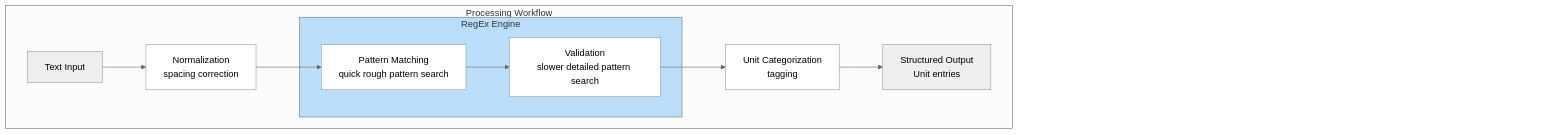
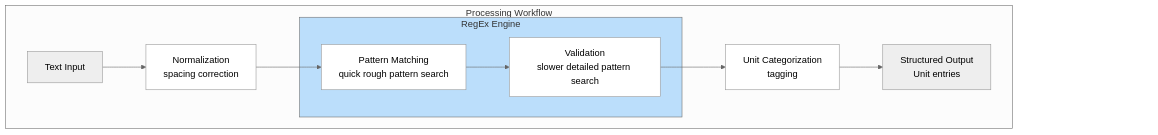
One commit to seanox/seanox-ai-nlp changed the diagram in seanox_ai_nlp/units/README.md. Above: the diagram before and after it, drawn with Mermaid. The commit also changed other lines of this file, not shown here.

````diff
--- a/seanox_ai_nlp/units/README.md
+++ b/seanox_ai_nlp/units/README.md
@@ -705,31 +709,29 @@
 ```mermaid
 ---
 config:
   theme: neutral
 ---
 flowchart TD
-    R["1234567890123456789012345678901234567890"]
     subgraph subGraphWorkflow["Processing Workflow"]
         A["Text Input"]
         B["Normalization<br/>spacing correction"]
         subgraph subGraphRegExEngine["RegEx Engine"]
             C["Pattern Matching<br/>quick rough pattern search"]
             D["Validation<br/>slower detailed pattern search"]
         end
         E["Unit Categorization<br/>tagging"]
         F["Structured Output<br>Unit entries"]
     end
-    L["1234567890123456789012345678901234567890"]
     A --> B
     B --> C
     C --> D
     D --> E
     E --> F
     style subGraphRegExEngine fill:#BBDEFB  
     style B fill:#FFFFFF
     style C fill:#FFFFFF
     style D fill:#FFFFFF
     style E fill:#FFFFFF
     style L fill:#FFFFFF,stroke:#FFFFFF,stroke-width:0px,color:#FFFFFF
     style R fill:#FFFFFF,stroke:#FFFFFF,stroke-width:0px,color:#FFFFFF
 ```
````
